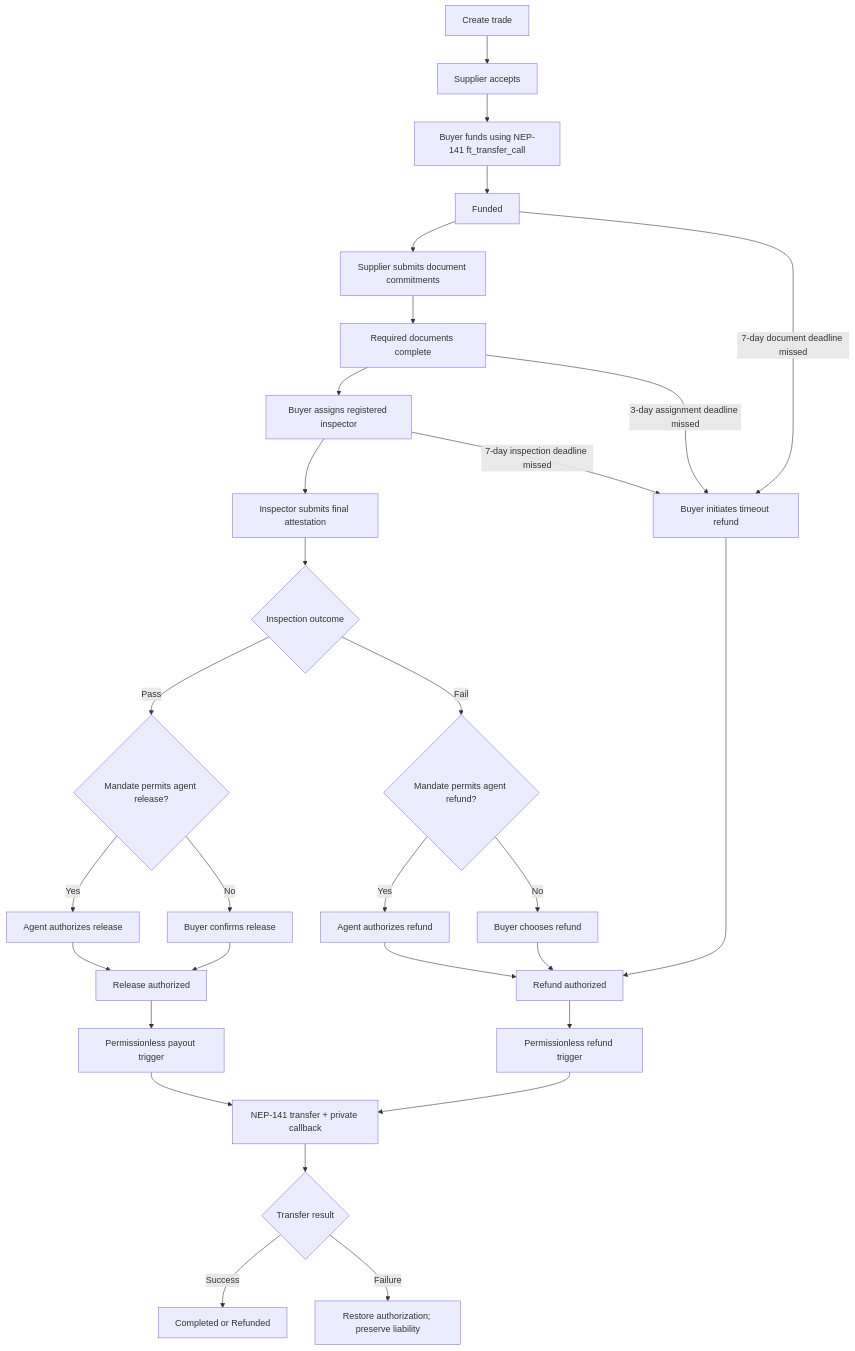
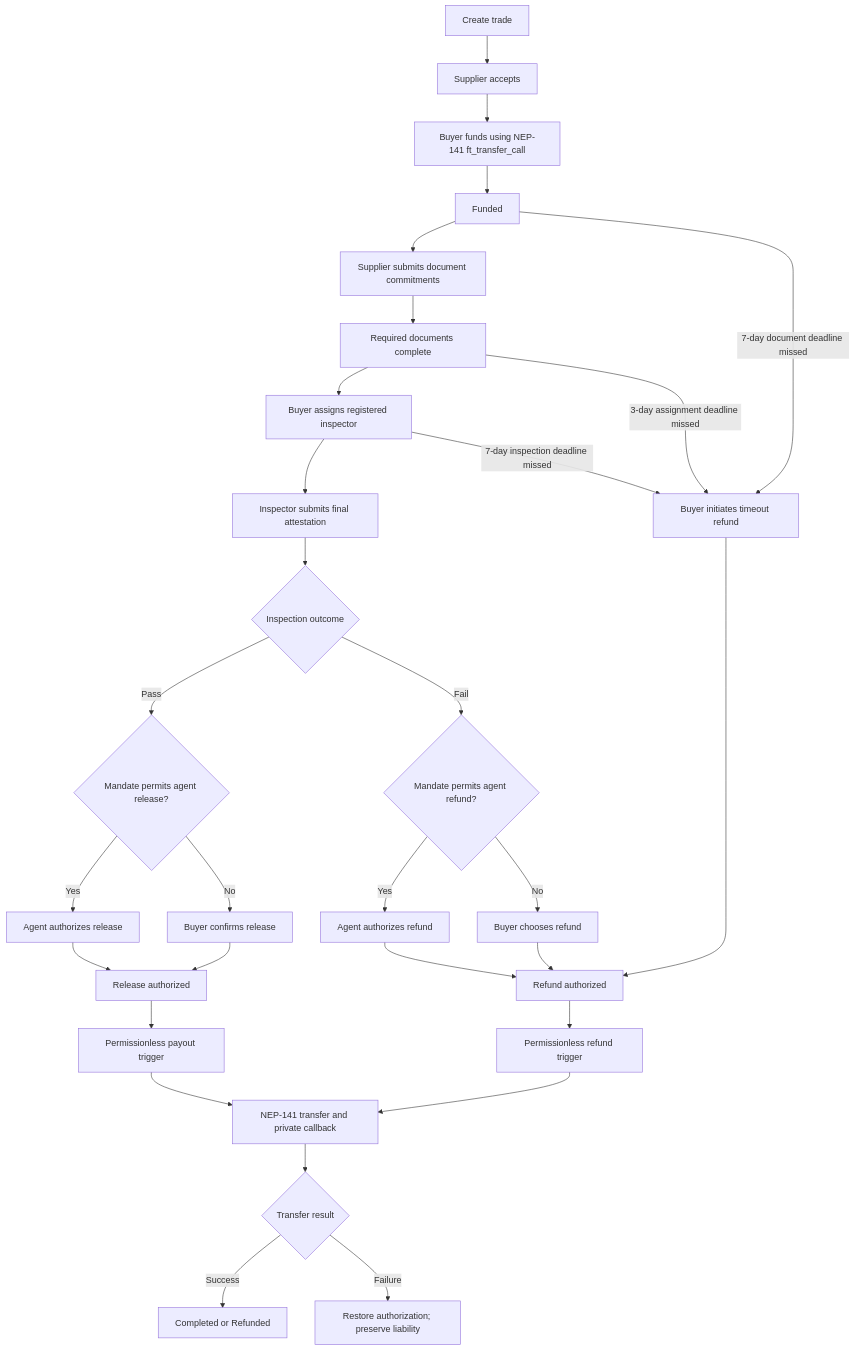
The second of 2 diagrams in README.md (Gidy515/Riventa-finance-), drawn with Mermaid before and after one commit. The commit also changed other lines of this file, not shown here.

````diff
--- a/README.md
+++ b/README.md
@@ -173,38 +207,38 @@
 ```mermaid
 flowchart TD
     A["Create trade"] --> B["Supplier accepts"]
     B --> C["Buyer funds using NEP-141 ft_transfer_call"]
     C --> D["Funded"]
     D --> E["Supplier submits document commitments"]
     E --> F["Required documents complete"]
     F --> G["Buyer assigns registered inspector"]
     G --> H["Inspector submits final attestation"]
 
-    D -->|7-day document deadline missed| X["Buyer initiates timeout refund"]
-    F -->|3-day assignment deadline missed| X
-    G -->|7-day inspection deadline missed| X
+    D -->|"7-day document deadline missed"| X["Buyer initiates timeout refund"]
+    F -->|"3-day assignment deadline missed"| X
+    G -->|"7-day inspection deadline missed"| X
 
     H --> I{"Inspection outcome"}
     I -->|Pass| J{"Mandate permits agent release?"}
     J -->|Yes| K["Agent authorizes release"]
     J -->|No| L["Buyer confirms release"]
     I -->|Fail| M{"Mandate permits agent refund?"}
     M -->|Yes| N["Agent authorizes refund"]
     M -->|No| O["Buyer chooses refund"]
 
     K --> P["Release authorized"]
     L --> P
     N --> Q["Refund authorized"]
     O --> Q
     X --> Q
 
     P --> R["Permissionless payout trigger"]
     Q --> S["Permissionless refund trigger"]
 
-    R --> T["NEP-141 transfer + private callback"]
+    R --> T["NEP-141 transfer and private callback"]
     S --> T
 
     T --> U{"Transfer result"}
     U -->|Success| V["Completed or Refunded"]
     U -->|Failure| W["Restore authorization; preserve liability"]
 ```
````
